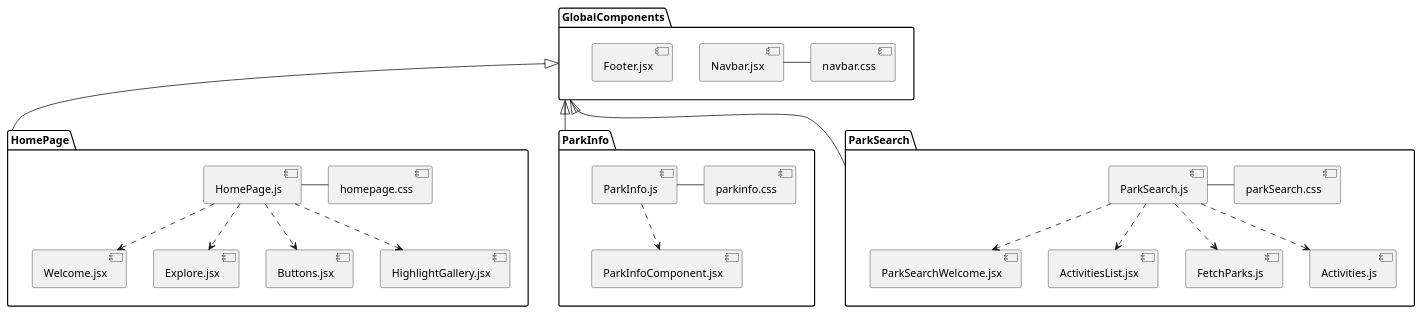
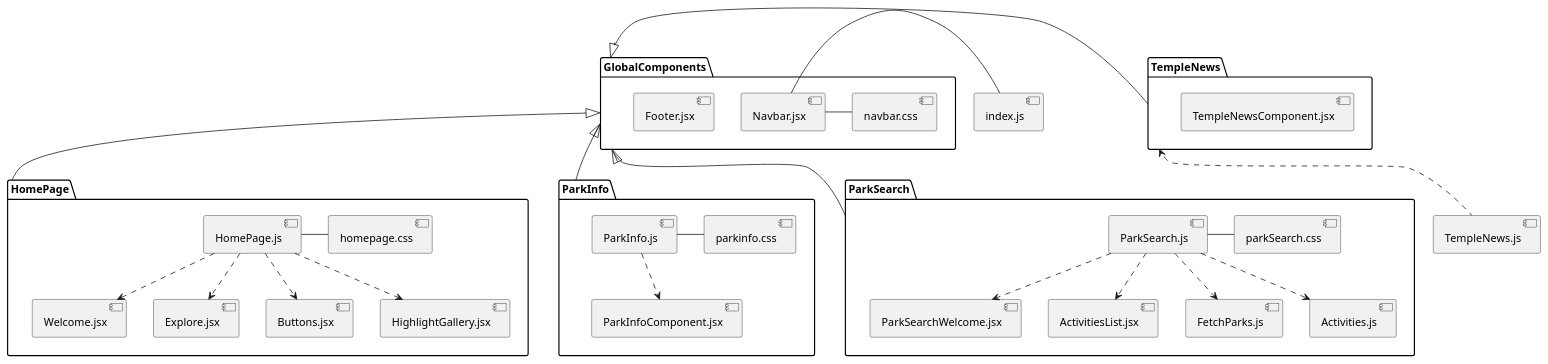
One commit to IskraLlupa25/llupa-sheldon-nguyen changed the diagram in Diagrams/ParkPlanClassDiagram.puml. Above: the diagram before and after it, drawn with PlantUML. The commit also changed 2 other files, not shown here.

Commit message:
Updating uml class diagram to include TempleNews feature

```diff
--- a/Diagrams/ParkPlanClassDiagram.puml
+++ b/Diagrams/ParkPlanClassDiagram.puml
@@ -1,62 +1,71 @@
 @startuml ParkPlan
 
 package HomePage {
   [HomePage.js] - [homepage.css]
   [HomePage.js] ..> [Welcome.jsx]
   [HomePage.js] ..> [Explore.jsx]
   [HomePage.js] ..> [Buttons.jsx]
   [HomePage.js] ..> [HighlightGallery.jsx]
   
 }
 
 package ParkInfo {
   [ParkInfo.js] - [parkinfo.css]
   [ParkInfo.js] ..> [ParkInfoComponent.jsx]
 }
 
 package ParkSearch {
   [ParkSearch.js] - [parkSearch.css]
   [ParkSearch.js] ..> [ParkSearchWelcome.jsx]
   [ParkSearch.js] ..> [ActivitiesList.jsx]
   [ParkSearch.js] ..> [FetchParks.js]
   [ParkSearch.js] ..> [Activities.js]
 }
 
 package GlobalComponents {
   [Navbar.jsx] - [navbar.css]
   [Footer.jsx]
 }
 
+package TempleNews {
+  [TempleNewsComponent.jsx]
+}
+
+[TempleNews.js] .up.> TempleNews
+
+[index.js] - [Navbar.jsx]
+
 GlobalComponents <|-down- HomePage
 GlobalComponents <|-down- ParkInfo
 GlobalComponents <|-down- ParkSearch
+GlobalComponents <|-left- TempleNews
 'HomePage .up.> GlobalComponents
 'ParkInfo .up.> GlobalComponents
 'ParkSearch ..> GlobalComponents
 
 '[Welcome.jsx] ..> [Navbar.jsx]
 '[Explore.jsx] ..> [Navbar.jsx]
 '[Buttons.jsx] ..> [Navbar.jsx]
 '[ParkInfoComponent.jsx] ..> [Navbar.jsx]
 '[ParkSearchWelcome.jsx] ..> [Navbar.jsx]
 '[ActivitiesList.jsx] ..> [Navbar.jsx]
 
 '[Welcome.jsx] ..> [Footer.jsx]
 '[Explore.jsx] ..> [Footer.jsx]
 '[Buttons.jsx] ..> [Footer.jsx]
 '[ParkInfoComponent.jsx] ..> [Footer.jsx]
 '[ParkSearchWelcome.jsx] ..> [Footer.jsx]
 '[ActivitiesList.jsx] ..> [Footer.jsx]
 
 '[public/index.html] -right-> [HomePage.js]
 '[public/index.html] -right-> [ParkPlan.js]
 '[public/index.html] -right-> [ParkInfo.js]
 '[public/index.html] -right-> [ParkSearch.js]
 
 '[React] -up-> [index.js]
 '[React Router] -up-> [index.js]
 
 'index.js -right-> [Navbar.jsx]
 'index.js -right-> [Footer.jsx]
 
 @enduml
```
